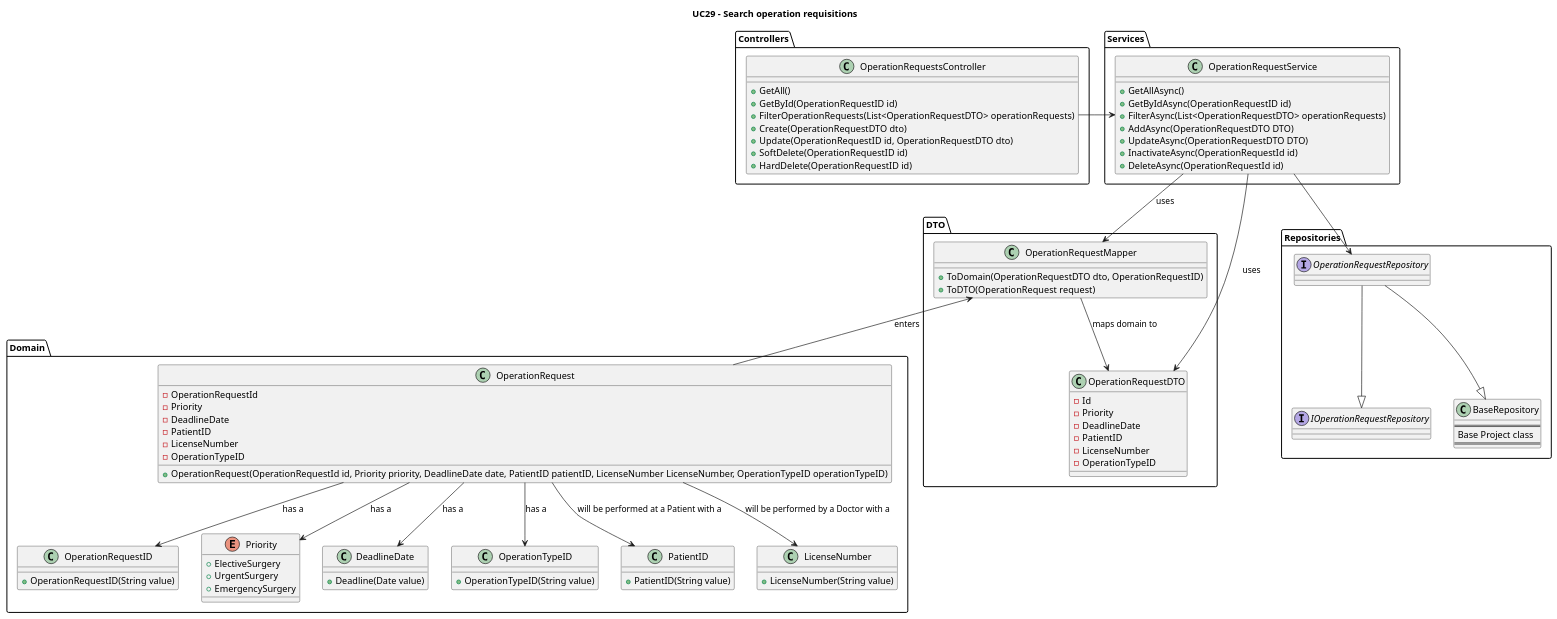
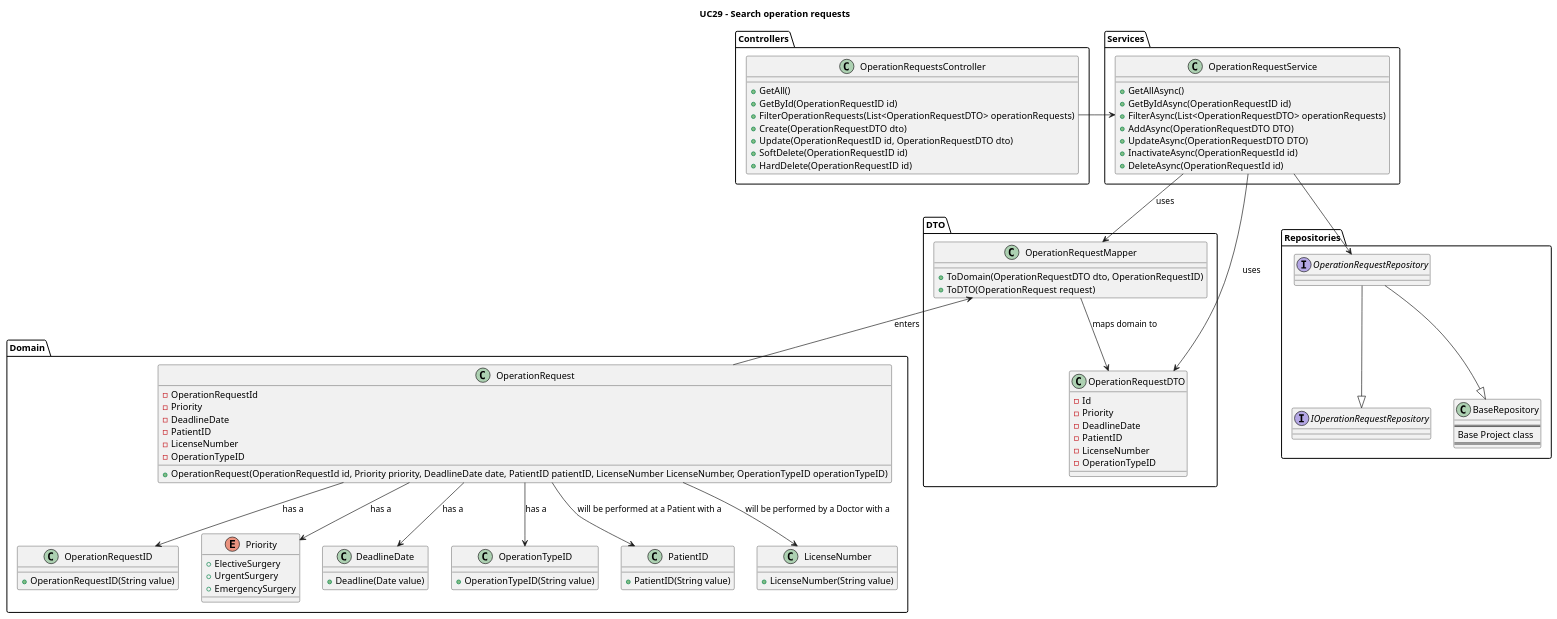
Before and after one commit to MiguelCardoso77/SurgicalSync-BackEnd: the diagram in Wiki/SprintA/diagrams/use-cases/29-search-operation-requisitions/class-diagram.puml, drawn with PlantUML. The commit also changed 17 other files, not shown here.

```diff
--- a/Wiki/SprintA/diagrams/use-cases/29-search-operation-requisitions/class-diagram.puml
+++ b/Wiki/SprintA/diagrams/use-cases/29-search-operation-requisitions/class-diagram.puml
@@ -1,123 +1,123 @@
 @startuml
 
-Title "UC29 - Search operation requisitions"
+Title "UC29 - Search operation requests"
 
 package "Domain"{
 
 class OperationRequest{
     - OperationRequestId
     - Priority
     - DeadlineDate
     - PatientID
     - LicenseNumber
     - OperationTypeID
     + OperationRequest(OperationRequestId id, Priority priority, DeadlineDate date, PatientID patientID, LicenseNumber LicenseNumber, OperationTypeID operationTypeID)
 }
 
 class OperationRequestID{
     + OperationRequestID(String value)
 }
 
 Enum Priority{
     + ElectiveSurgery
     + UrgentSurgery
     + EmergencySurgery
 }
 
 class DeadlineDate{
     + Deadline(Date value)
 }
 
 class OperationTypeID{
     + OperationTypeID(String value)
 }
 
 class PatientID{
     + PatientID(String value)
 }
 
 class LicenseNumber{
     + LicenseNumber(String value)
 }
 
 }
 
 package "DTO"{
 
 class OperationRequestDTO{
     - Id
     - Priority
     - DeadlineDate
     - PatientID
     - LicenseNumber
     - OperationTypeID
 }
 
 class OperationRequestMapper{
     + ToDomain(OperationRequestDTO dto, OperationRequestID)
     + ToDTO(OperationRequest request)
 }
 }
 
 package "Controllers"{
 
 class OperationRequestsController{
     + GetAll()
     + GetById(OperationRequestID id)
     + FilterOperationRequests(List<OperationRequestDTO> operationRequests)
     + Create(OperationRequestDTO dto)
     + Update(OperationRequestID id, OperationRequestDTO dto)
     + SoftDelete(OperationRequestID id)
     + HardDelete(OperationRequestID id)
 }
 
 }
 
 package "Services"{
     class OperationRequestService{
         + GetAllAsync()
         + GetByIdAsync(OperationRequestID id)
         + FilterAsync(List<OperationRequestDTO> operationRequests)
         + AddAsync(OperationRequestDTO DTO)
         + UpdateAsync(OperationRequestDTO DTO)
         + InactivateAsync(OperationRequestId id)
         + DeleteAsync(OperationRequestId id)
     }
 }
 
 package "Repositories"{
 
 interface IOperationRequestRepository{
 }
 
 interface OperationRequestRepository{
 }
 
 class BaseRepository{
 ====
 Base Project class
 ====
 }
 
 }
 
 OperationRequestsController -> OperationRequestService
 OperationRequestService --> OperationRequestMapper : uses
 OperationRequestService --> OperationRequestDTO : uses
 
 OperationRequestMapper --> OperationRequestDTO : maps domain to
 OperationRequestMapper <-- OperationRequest : enters
 
 OperationRequest --> OperationRequestID : has a
 OperationRequest --> Priority : has a
 OperationRequest --> DeadlineDate : has a
 OperationRequest --> PatientID : will be performed at a Patient with a 
 OperationRequest --> LicenseNumber : will be performed by a Doctor with a
 OperationRequest --> OperationTypeID : has a
 
 OperationRequestService --> OperationRequestRepository
 
 OperationRequestRepository --|> BaseRepository
 OperationRequestRepository --|> IOperationRequestRepository
 
 @enduml
```
